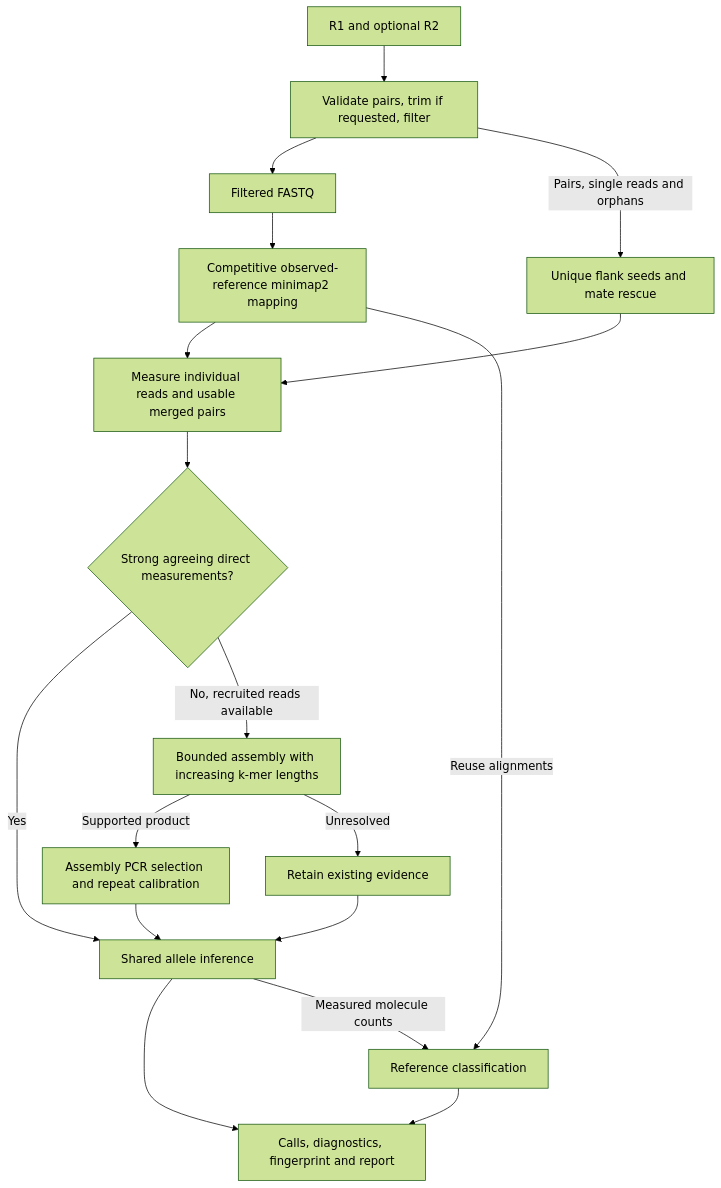
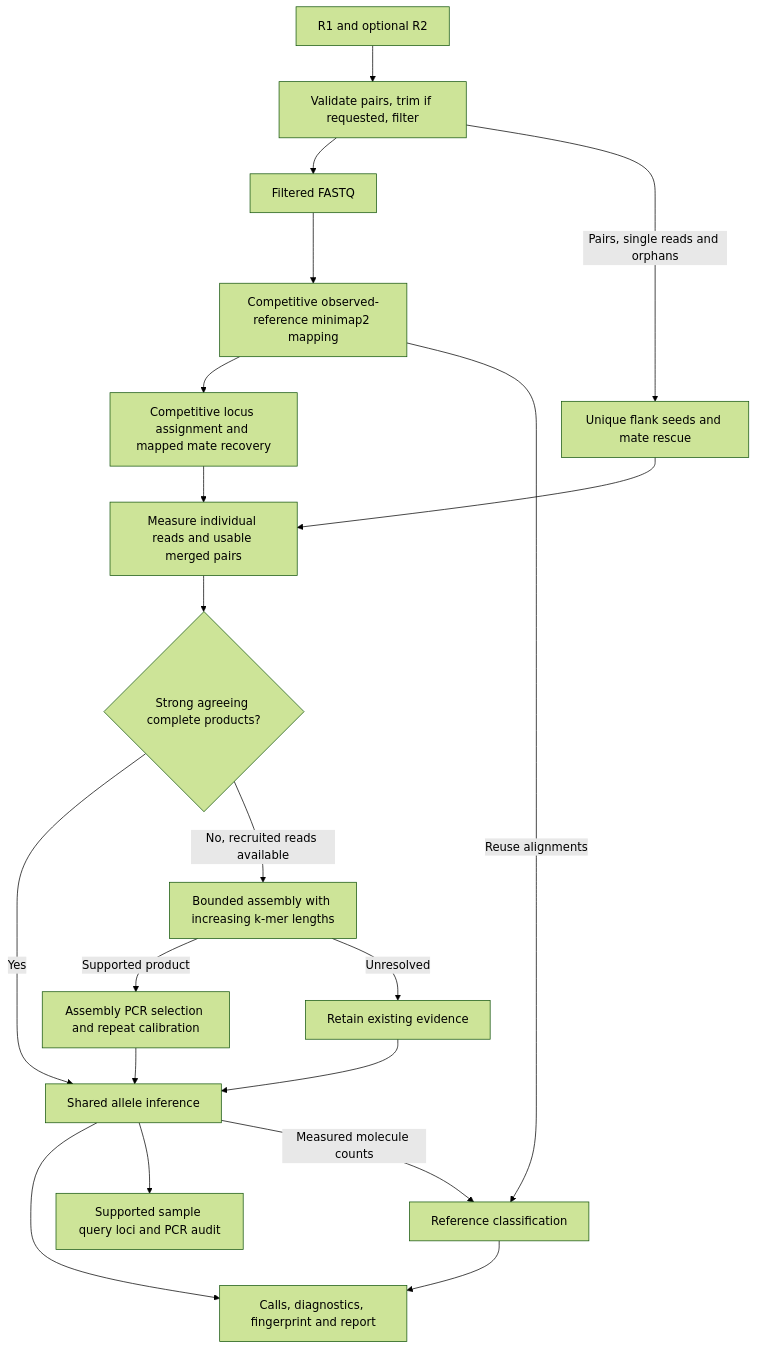
One commit to microbemarsh/mlvamaps changed the second of 4 diagrams in workflow.md. Above: the diagram before and after it, drawn with Mermaid (forest theme). The commit also changed other lines of this file and 18 other files, not shown here.

````diff
--- a/workflow.md
+++ b/workflow.md
@@ -105,20 +114,22 @@
 ```mermaid
 flowchart TD
     Input[R1 and optional R2] --> QC[Validate pairs, trim if requested, filter]
     QC --> Files[Filtered FASTQ]
     QC -->|Pairs, single reads and orphans| Seeds[Unique flank seeds and mate rescue]
     Files --> Map[Competitive observed-reference minimap2 mapping]
-    Map --> Measure[Measure individual reads and usable merged pairs]
+    Map --> Pool[Competitive locus assignment and mapped mate recovery]
+    Pool --> Measure[Measure individual reads and usable merged pairs]
     Seeds --> Measure
-    Measure --> Strong{Strong agreeing direct measurements?}
+    Measure --> Strong{Strong agreeing complete products?}
     Strong -->|Yes| Infer[Shared allele inference]
     Strong -->|No, recruited reads available| Graph[Bounded assembly with increasing k-mer lengths]
     Graph -->|Supported product| PCR[Assembly PCR selection and repeat calibration]
     PCR --> Infer
     Graph -->|Unresolved| Existing[Retain existing evidence]
     Existing --> Infer
     Infer --> Output[Calls, diagnostics, fingerprint and report]
+    Infer --> Queries[Supported sample query loci and PCR audit]
     Map -->|Reuse alignments| Classify[Reference classification]
     Infer -->|Measured molecule counts| Classify
     Classify --> Output
 ```
````
